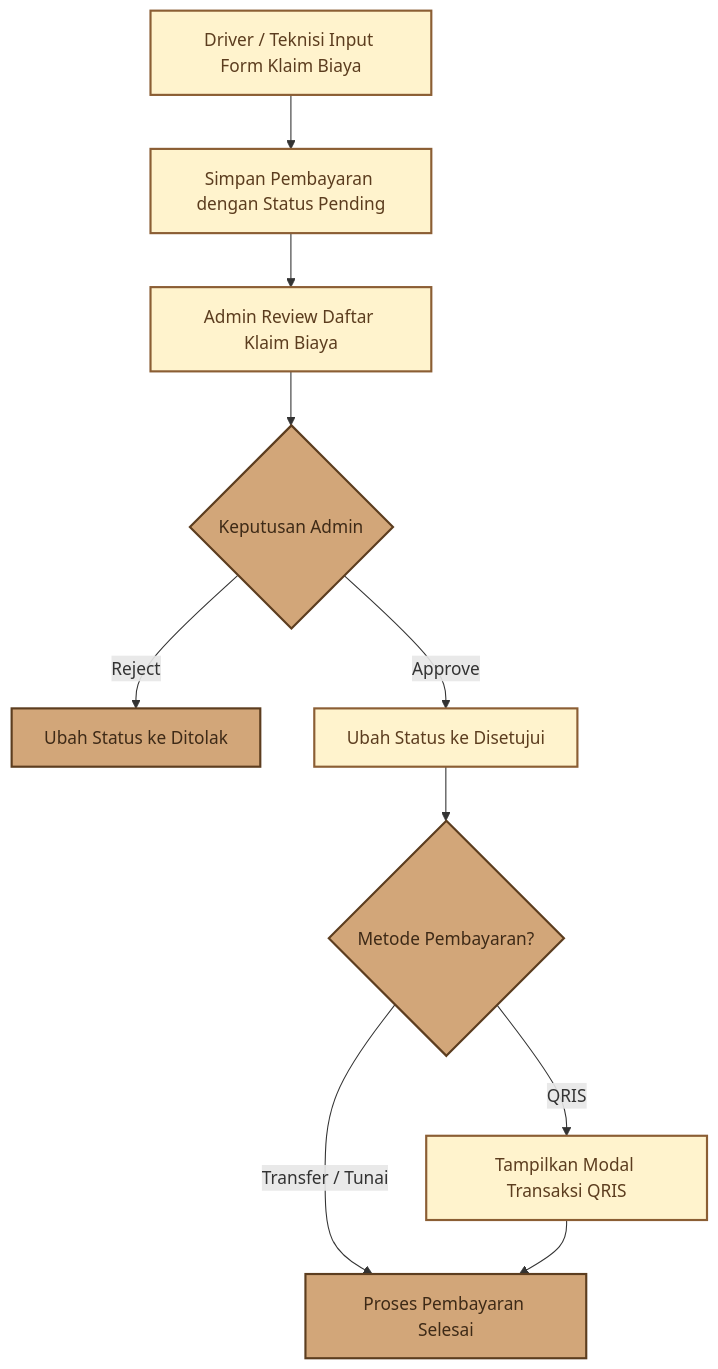
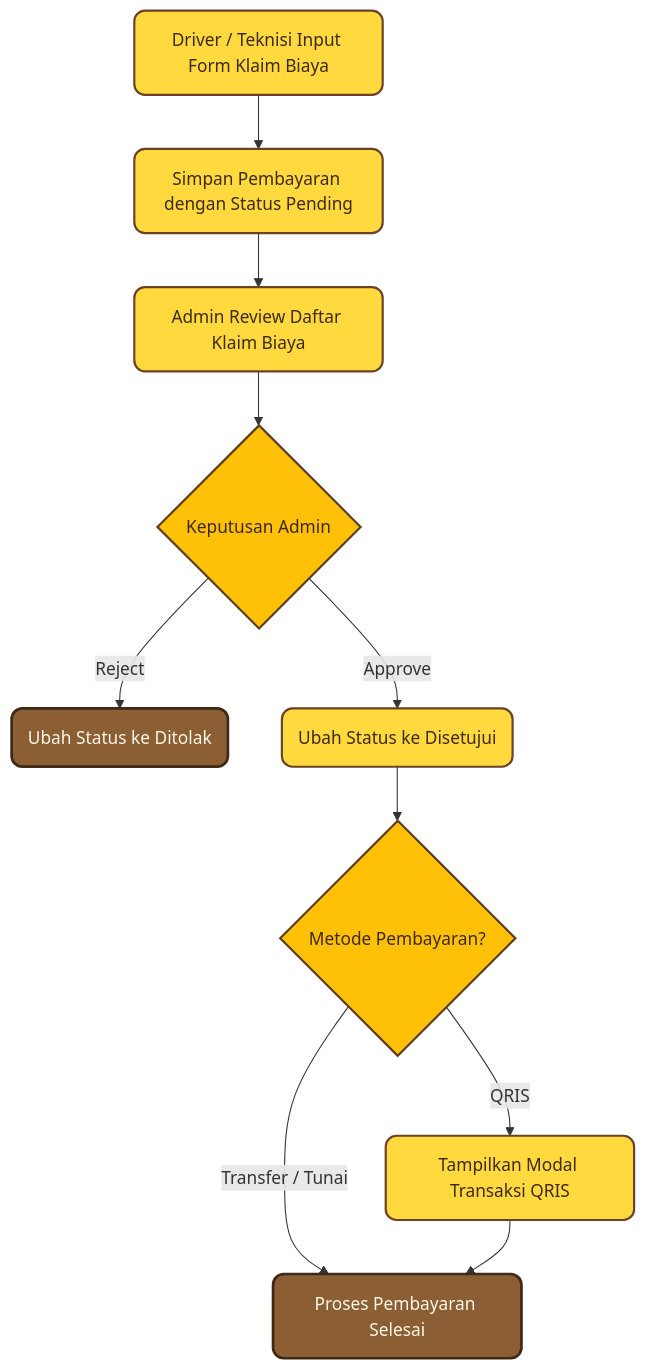
One commit to nazwasalsabila181718-droid/manajemen_perawatan changed the ninth of 13 diagrams in docs/DOKUMENTASI_MODULE_SISTEM.md. Above: the diagram before and after it, drawn with Mermaid. The commit also changed other lines of this file, not shown here.

Commit message:
style: modernisasi diagram mermaid dengan tema kuning cerah rounded

````diff
--- a/docs/DOKUMENTASI_MODULE_SISTEM.md
+++ b/docs/DOKUMENTASI_MODULE_SISTEM.md
@@ -243,18 +255,20 @@
 ```mermaid
 flowchart TD
-    classDef default fill:#FFF3CD,stroke:#8B5E34,stroke-width:2px,color:#5C3D1F;
-    classDef highlight fill:#D2A679,stroke:#5C3D1F,stroke-width:2px,color:#3E2A17;
-
-    A[Driver / Teknisi Input Form Klaim Biaya] --> B[Simpan Pembayaran dengan Status Pending]
-    B --> C[Admin Review Daftar Klaim Biaya]
+    A(Driver / Teknisi Input Form Klaim Biaya) --> B(Simpan Pembayaran dengan Status Pending)
+    B --> C(Admin Review Daftar Klaim Biaya)
     C --> D{Keputusan Admin}
-    D -- Reject --> E[Ubah Status ke Ditolak]
-    D -- Approve --> F[Ubah Status ke Disetujui]
+    D -- Reject --> E(Ubah Status ke Ditolak)
+    D -- Approve --> F(Ubah Status ke Disetujui)
     F --> G{Metode Pembayaran?}
-    G -- QRIS --> H[Tampilkan Modal Transaksi QRIS]
-    G -- Transfer / Tunai --> I[Proses Pembayaran Selesai]
+    G -- QRIS --> H(Tampilkan Modal Transaksi QRIS)
+    G -- Transfer / Tunai --> I(Proses Pembayaran Selesai)
     H --> I
 
+    classDef default fill:#FFD93D,stroke:#6B4226,stroke-width:2px,color:#3E2A17,rx:10,ry:10;
+    classDef highlight fill:#8B5E34,stroke:#3E2A17,stroke-width:2.5px,color:#FFF8E7,rx:10,ry:10;
+    classDef decision fill:#FFC107,stroke:#5C3D1F,stroke-width:2px,color:#3E2A17;
+
     class A,B,C,F,H default;
-    class D,E,G,I highlight;
+    class E,I highlight;
+    class D,G decision;
 ```
````
